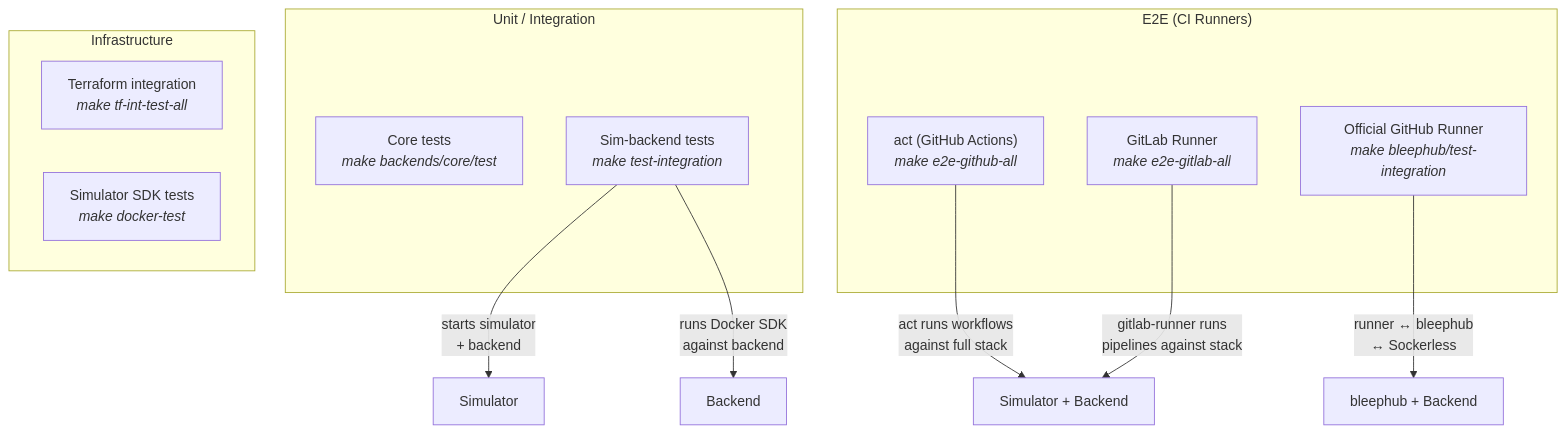
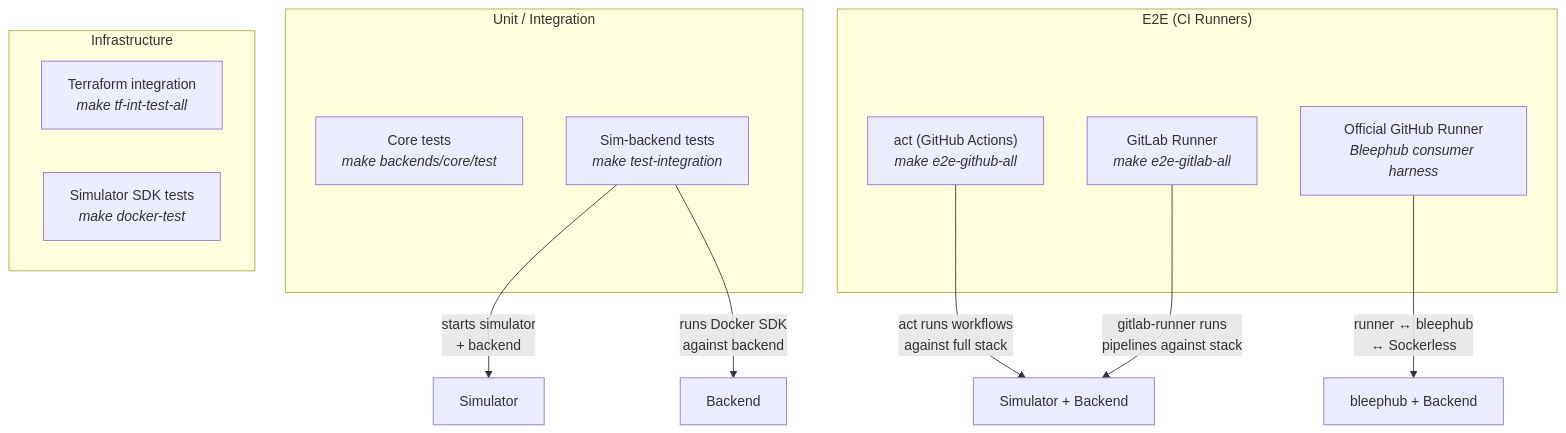
Before and after one commit to e6qu/sockerless: diagram 19 of 19 in ARCHITECTURE.md, drawn with Mermaid. The commit also changed other lines of this file and 748 other files, not shown here.

````diff
--- a/ARCHITECTURE.md
+++ b/ARCHITECTURE.md
@@ -591,24 +590,24 @@
 ```mermaid
 graph TB
     subgraph "Unit / Integration"
         IT["Core tests<br/><i>make backends/core/test</i>"]
         ST["Sim-backend tests<br/><i>make test-integration</i>"]
     end
 
     subgraph "E2E (CI Runners)"
         GH["act (GitHub Actions)<br/><i>make e2e-github-all</i>"]
         GL["GitLab Runner<br/><i>make e2e-gitlab-all</i>"]
-        BPH["Official GitHub Runner<br/><i>make bleephub/test-integration</i>"]
+        BPH["Official GitHub Runner<br/><i>Bleephub consumer harness</i>"]
     end
 
     subgraph "Infrastructure"
         TF["Terraform integration<br/><i>make tf-int-test-all</i>"]
         SDK3["Simulator SDK tests<br/><i>make docker-test</i>"]
     end
 
     ST -->|"starts simulator<br/>+ backend"| SIM3["Simulator"]
     ST -->|"runs Docker SDK<br/>against backend"| BE3["Backend"]
     GH -->|"act runs workflows<br/>against full stack"| STACK["Simulator + Backend"]
     GL -->|"gitlab-runner runs<br/>pipelines against stack"| STACK
     BPH -->|"runner ↔ bleephub<br/>↔ Sockerless"| BSTACK["bleephub + Backend"]
 ```
````
